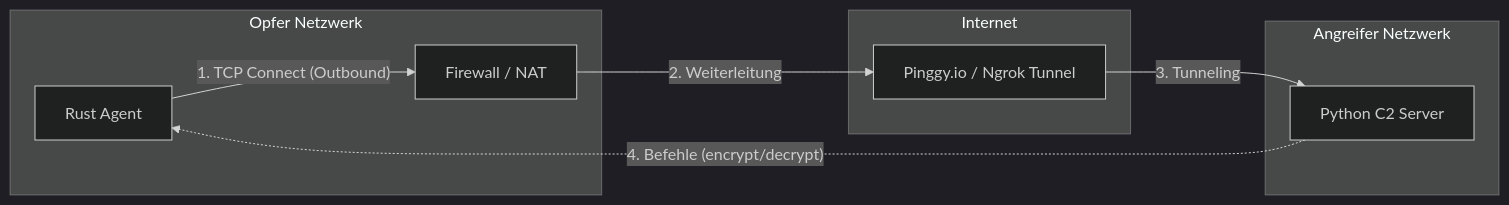
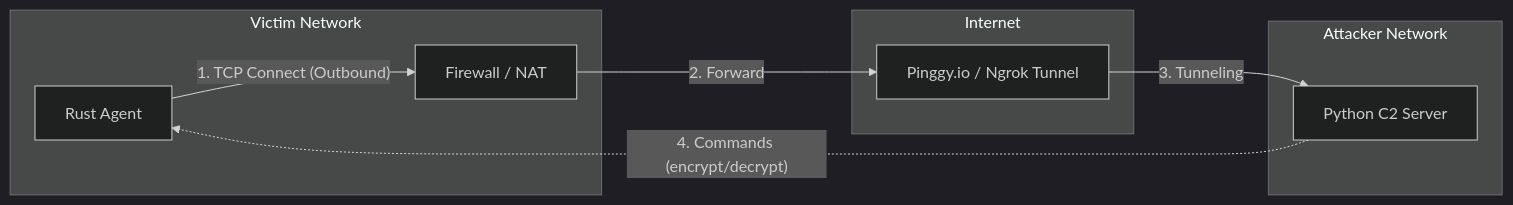
One commit to TimBLukas/rust-mw changed the first of 2 diagrams in Readme.md. Above: the diagram before and after it, drawn with Mermaid (dark theme). The commit also changed other lines of this file and 1 other file, not shown here.

````diff
--- a/Readme.md
+++ b/Readme.md
@@ -30,21 +55,20 @@
 ```mermaid
 graph LR
-    subgraph Victim_Network [Opfer Netzwerk]
+    subgraph Victim_Network [Victim Network]
         Client[Rust Agent]
         Firewall[Firewall / NAT]
     end
 
     subgraph Internet
         Tunnel[Pinggy.io / Ngrok Tunnel]
     end
 
-    subgraph Attacker_Network [Angreifer Netzwerk]
+    subgraph Attacker_Network [Attacker Network]
         Server[Python C2 Server]
     end
 
     Client -- "1. TCP Connect (Outbound)" --> Firewall
-    Firewall -- "2. Weiterleitung" --> Tunnel
+    Firewall -- "2. Forward" --> Tunnel
     Tunnel -- "3. Tunneling" --> Server
-    Server -. "4. Befehle (encrypt/decrypt)" .-> Client
-
+    Server -. "4. Commands (encrypt/decrypt)" .-> Client
 ```
````
